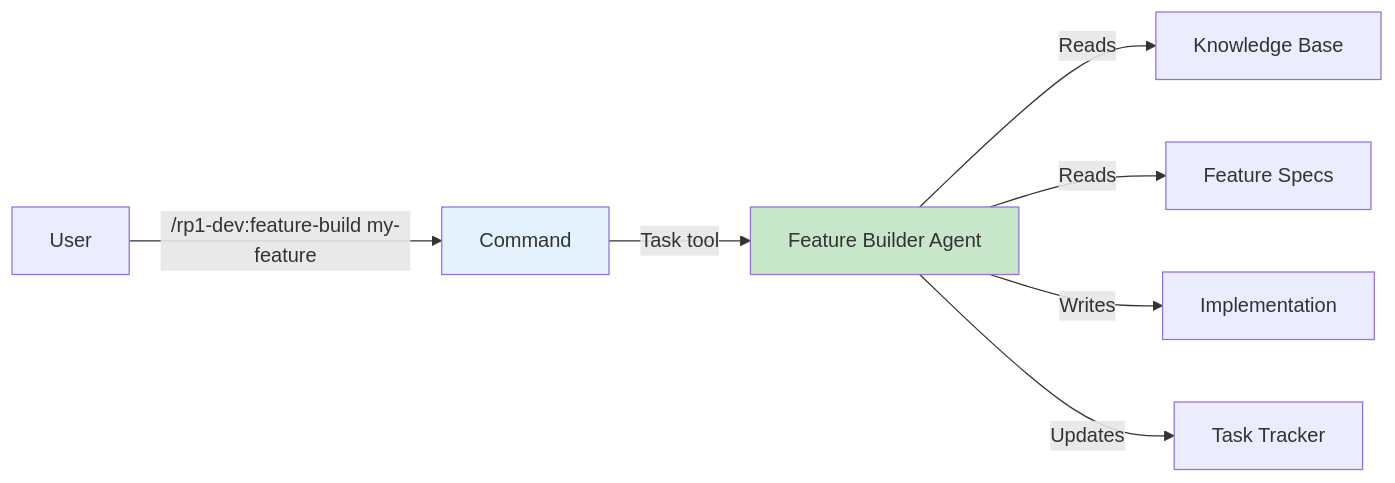
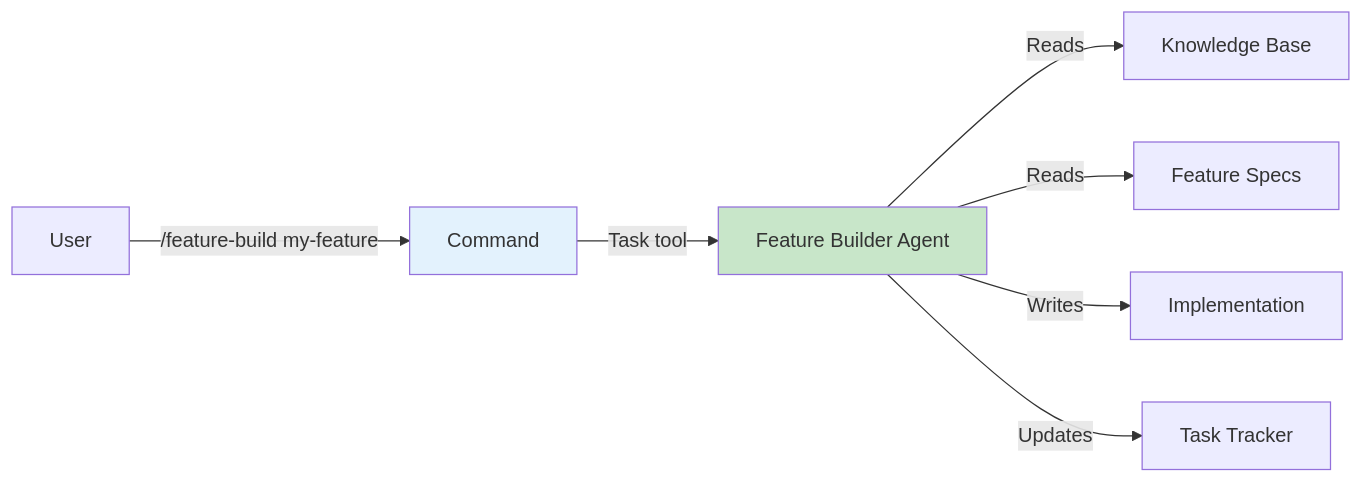
The first of 2 diagrams in docs/concepts/command-agent-pattern.md (rp1-run/rp1), drawn with Mermaid before and after one commit. The commit also changed 41 other files, not shown here.

````diff
--- a/docs/concepts/command-agent-pattern.md
+++ b/docs/concepts/command-agent-pattern.md
@@ -14,12 +14,12 @@
 ```mermaid
 flowchart LR
-    User[User] -->|/rp1-dev:feature-build my-feature| Command
+    User[User] -->|/feature-build my-feature| Command
     Command -->|Task tool| Agent[Feature Builder Agent]
     Agent -->|Reads| KB[Knowledge Base]
     Agent -->|Reads| Specs[Feature Specs]
     Agent -->|Writes| Code[Implementation]
     Agent -->|Updates| Tasks[Task Tracker]
 
     style Command fill:#e3f2fd
     style Agent fill:#c8e6c9
 ```
````
